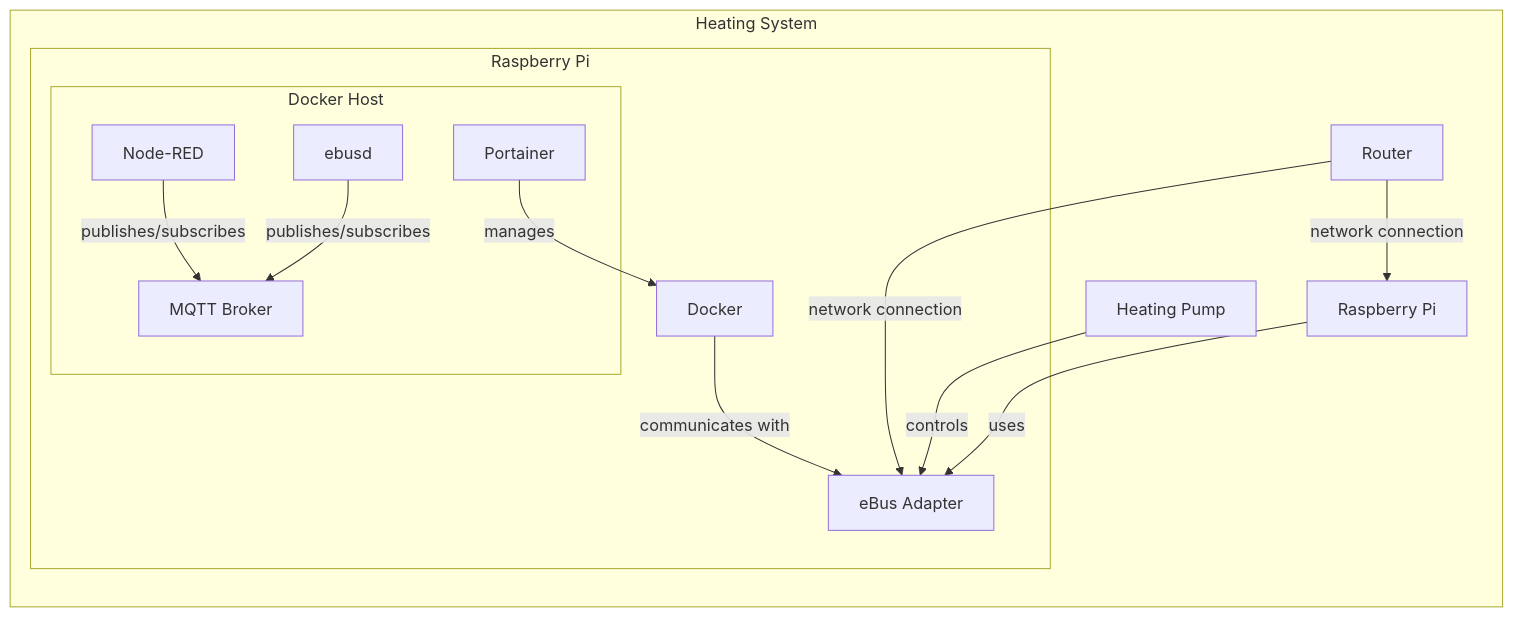
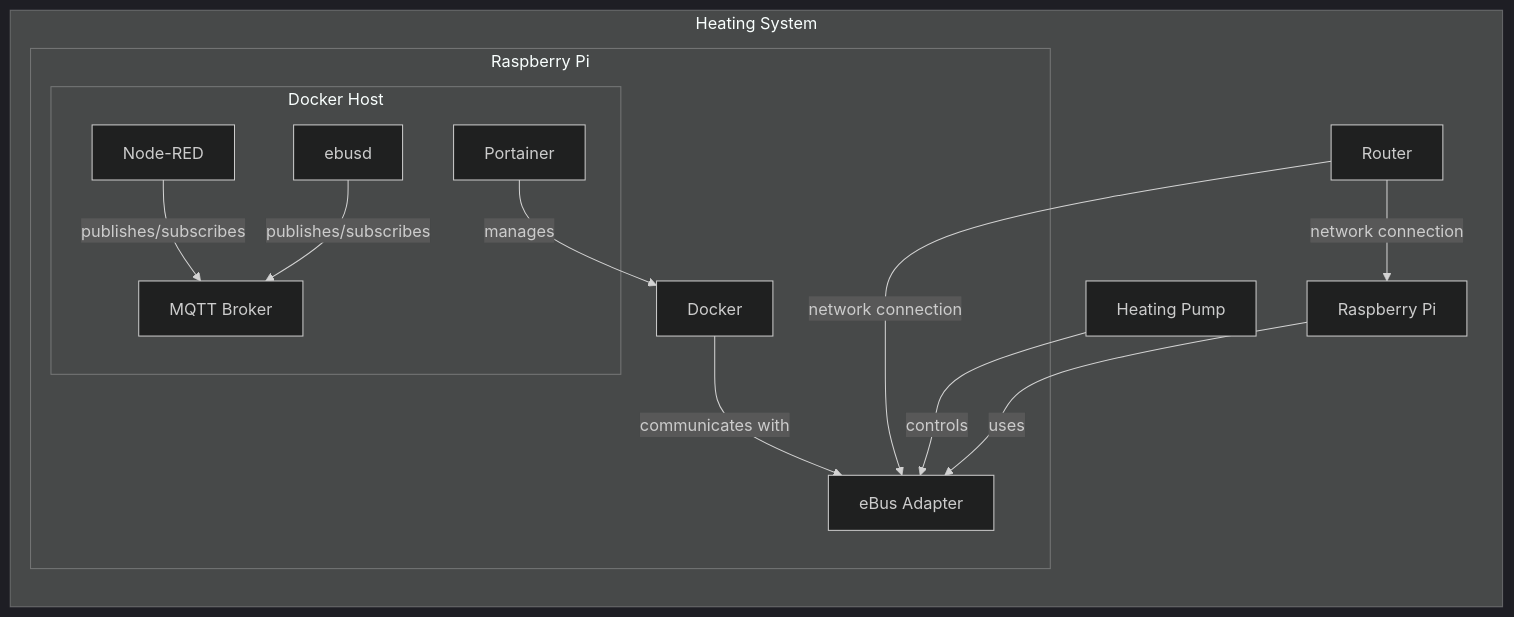
One commit to Lorilatschki/ebusd-guide changed the diagram in README.md. Above: the diagram before and after it, drawn with Mermaid. The commit also changed other lines of this file, not shown here.

Commit message:
chore: change to dark theme

````diff
--- a/README.md
+++ b/README.md
@@ -18,24 +18,25 @@
 ```mermaid
+%%{init: {'theme':'dark'}}%%
 graph LR  
     subgraph Heating System  
         Pump[Heating Pump] -->|controls| Adapter[eBus Adapter]  
         Pi[Raspberry Pi] -->|uses| Adapter  
         Router[Router] -->|network connection| Pi  
         Router -->|network connection| Adapter  
   
         subgraph Raspberry Pi  
             subgraph Docker Host  
                 NodeRed[Node-RED]  
                 Ebusd[ebusd]  
                 MqttBroker[MQTT Broker]  
                 Portainer[Portainer]  
             end  
   
             Docker -->|communicates with| Adapter  
             NodeRed -->|publishes/subscribes| MqttBroker  
             Ebusd -->|publishes/subscribes| MqttBroker  
             Portainer -->|manages| Docker  
         end  
     end  
 
 ```
````
